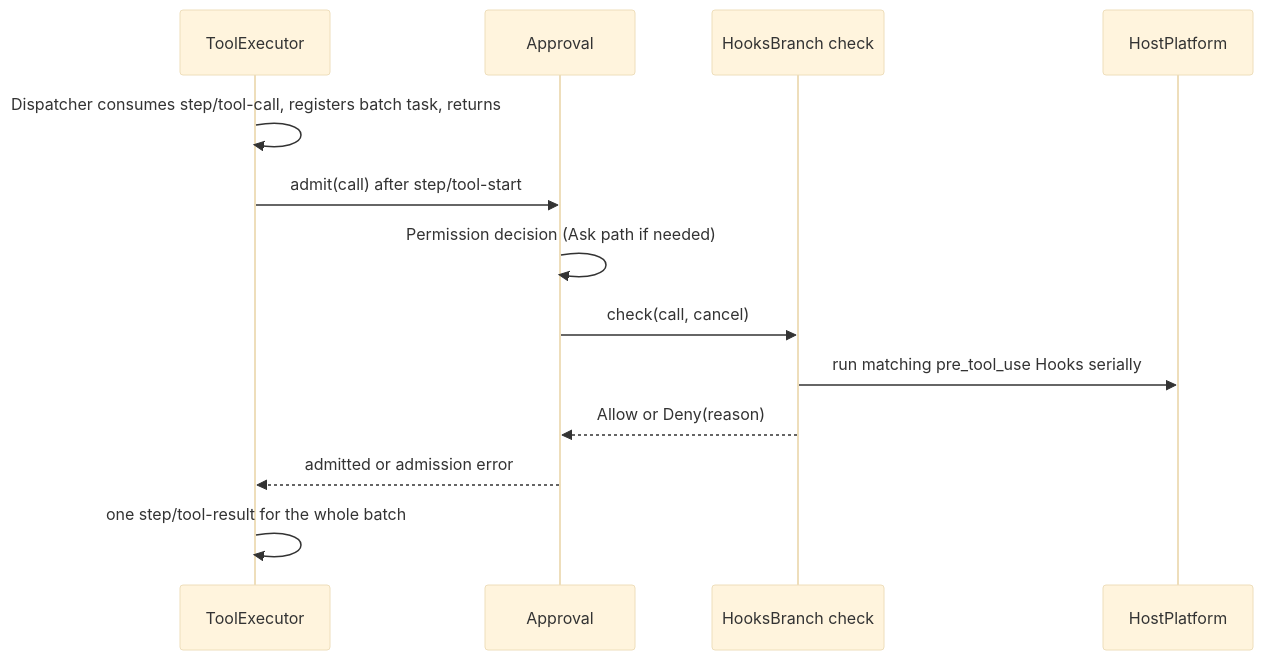
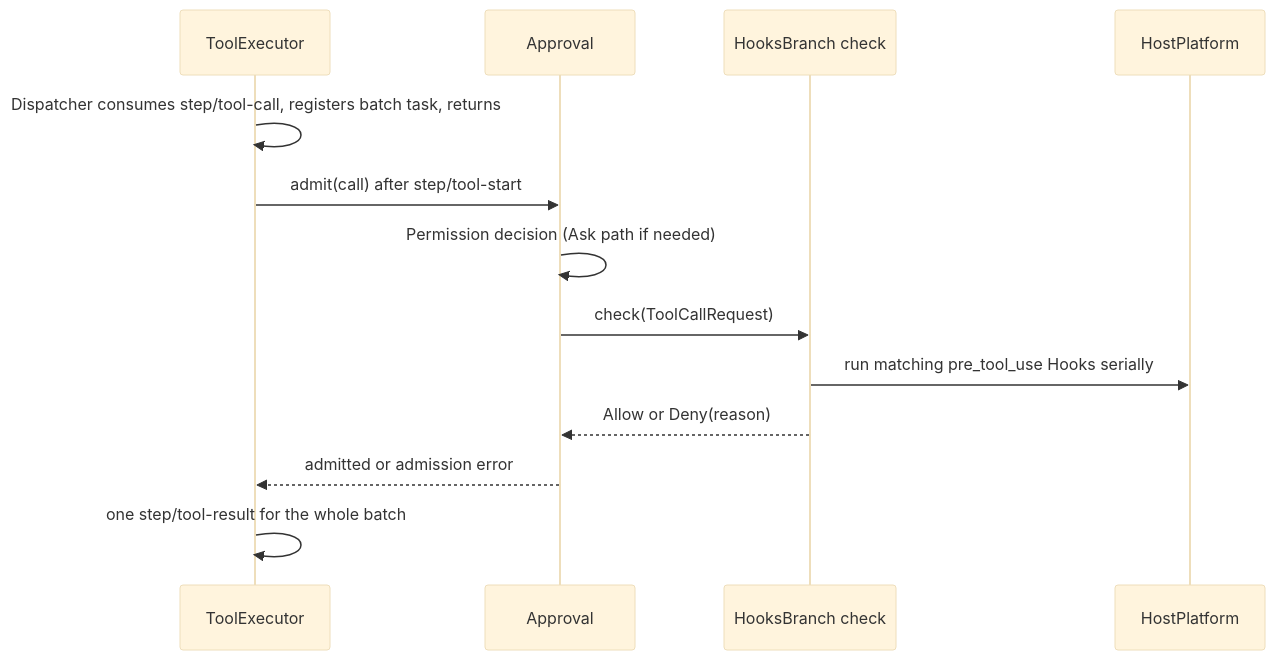
Before and after one commit to CoutinhoTTS/dim-agent: the third of 7 diagrams in docs/design/plugins/Hooks.md, drawn with Mermaid (base theme). The commit also changed other lines of this file and 3 other files, not shown here.

````diff
--- a/docs/design/plugins/Hooks.md
+++ b/docs/design/plugins/Hooks.md
@@ -69,15 +75,15 @@
 ```mermaid
 sequenceDiagram
   participant TE as ToolExecutor
   participant AP as Approval
   participant HB as HooksBranch check
   participant HP as HostPlatform
   TE->>TE: Dispatcher consumes step/tool-call, registers batch task, returns
   TE->>AP: admit(call) after step/tool-start
   AP->>AP: Permission decision (Ask path if needed)
-  AP->>HB: check(call, cancel)
+  AP->>HB: check(ToolCallRequest)
   HB->>HP: run matching pre_tool_use Hooks serially
   HB-->>AP: Allow or Deny(reason)
   AP-->>TE: admitted or admission error
   TE->>TE: one step/tool-result for the whole batch
 ```
````
